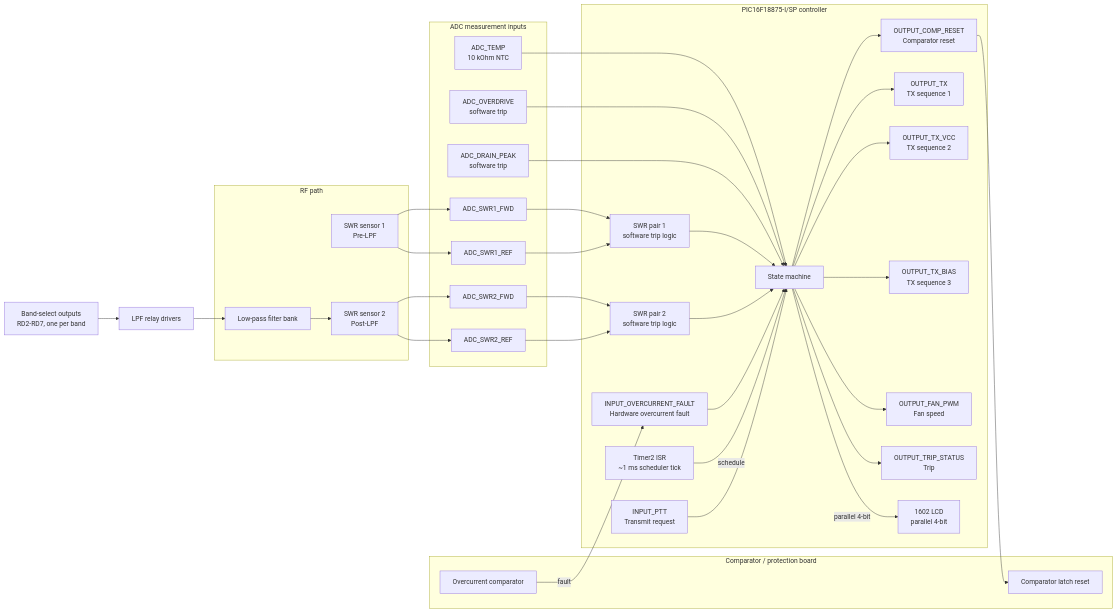
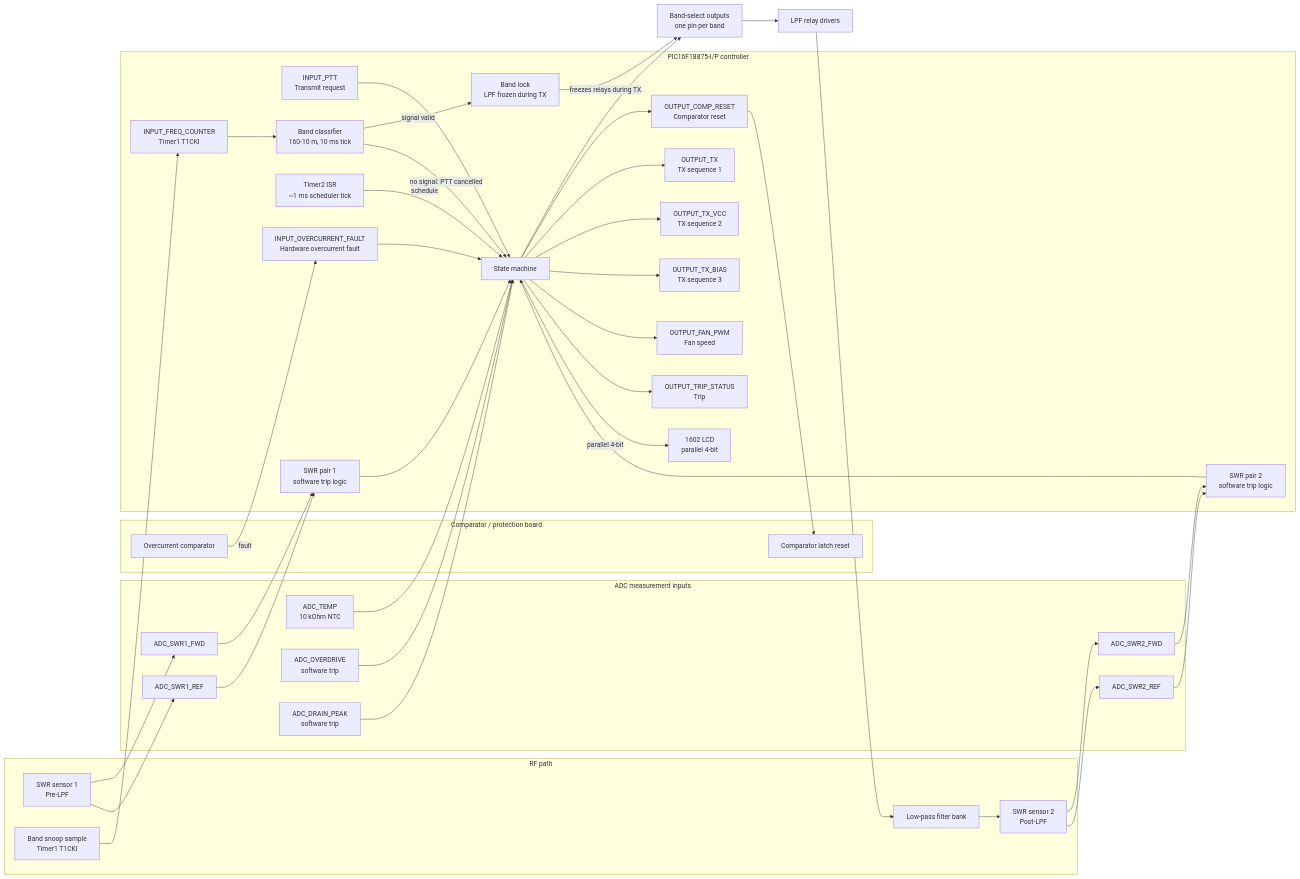
One commit to sjk7/PicAmpControl changed the diagram in README.md. Above: the diagram before and after it, drawn with Mermaid. The commit also changed other lines of this file and 18 other files, not shown here.

First line of the commit message:
docs: single source of truth for pin/net assignments; show band selection and lockout

````diff
--- a/README.md
+++ b/README.md
@@ -58,70 +58,80 @@
 ```mermaid
 flowchart LR
     subgraph RF["RF path"]
         PRE["SWR sensor 1\nPre-LPF"]
         FILTER["Low-pass filter bank"]
         POST["SWR sensor 2\nPost-LPF"]
+        SNOOP["Band snoop sample\nTimer1 T1CKI"]
     end
 
     subgraph ADC["ADC measurement inputs"]
         PRE_FWD["ADC_SWR1_FWD"]
         PRE_REF["ADC_SWR1_REF"]
         POST_FWD["ADC_SWR2_FWD"]
         POST_REF["ADC_SWR2_REF"]
         TEMP["ADC_TEMP\n10 kOhm NTC"]
         OVERDRIVE["ADC_OVERDRIVE\nsoftware trip"]
         DRAIN_ADC["ADC_DRAIN_PEAK\nsoftware trip"]
     end
 
     subgraph ComparatorBoard["Comparator / protection board"]
         OC["Overcurrent comparator"]
         COMP_RESET["Comparator latch reset"]
     end
 
-    subgraph MCU["PIC16F18875-I/SP controller"]
+    subgraph MCU["PIC16F18875-I/P controller"]
         PTT["INPUT_PTT\nTransmit request"]
         RESET["OUTPUT_COMP_RESET\nComparator reset"]
         HARD["INPUT_OVERCURRENT_FAULT\nHardware overcurrent fault"]
         TICK["Timer2 ISR\n~1 ms scheduler tick"]
+        FREQ["INPUT_FREQ_COUNTER\nTimer1 T1CKI"]
+        BAND["Band classifier\n160-10 m, 10 ms tick"]
+        LOCK["Band lock\nLPF frozen during TX"]
         STATE["State machine"]
         SWR1["SWR pair 1\nsoftware trip logic"]
         SWR2["SWR pair 2\nsoftware trip logic"]
         TX["OUTPUT_TX\nTX sequence 1"]
         TXVCC["OUTPUT_TX_VCC\nTX sequence 2"]
         TXBIAS["OUTPUT_TX_BIAS\nTX sequence 3"]
         FAN["OUTPUT_FAN_PWM\nFan speed"]
         TRIP["OUTPUT_TRIP_STATUS\nTrip"]
         LCD["1602 LCD\nparallel 4-bit"]
     end
 
     PRE --> PRE_FWD
     PRE --> PRE_REF
     FILTER --> POST
     POST --> POST_FWD
     POST --> POST_REF
-    BANDSEL["Band-select outputs\nRD2-RD7, one per band"] --> DECODER["LPF relay drivers"] --> FILTER
+    SNOOP --> FREQ
+    FREQ --> BAND
+    BAND -->|signal valid| LOCK
+    BAND -->|no signal: PTT cancelled| STATE
+    STATE --> BANDSEL
+    LOCK -->|freezes relays during TX| BANDSEL
+    BANDSEL["Band-select outputs\none pin per band"] --> DRIVER["LPF relay drivers"] --> FILTER
 
     PRE_FWD --> SWR1
     PRE_REF --> SWR1
     POST_FWD --> SWR2
     POST_REF --> SWR2
     TEMP --> STATE
     OVERDRIVE --> STATE
     DRAIN_ADC --> STATE
 
     SWR1 --> STATE
     SWR2 --> STATE
     OC -->|fault| HARD
     HARD --> STATE
     TICK -->|schedule| STATE
 
     PTT --> STATE
     STATE --> RESET
     RESET --> COMP_RESET
     STATE --> TX
     STATE --> TXVCC
     STATE --> TXBIAS
     STATE --> FAN
     STATE --> TRIP
     STATE -->|parallel 4-bit| LCD
 ```
````
